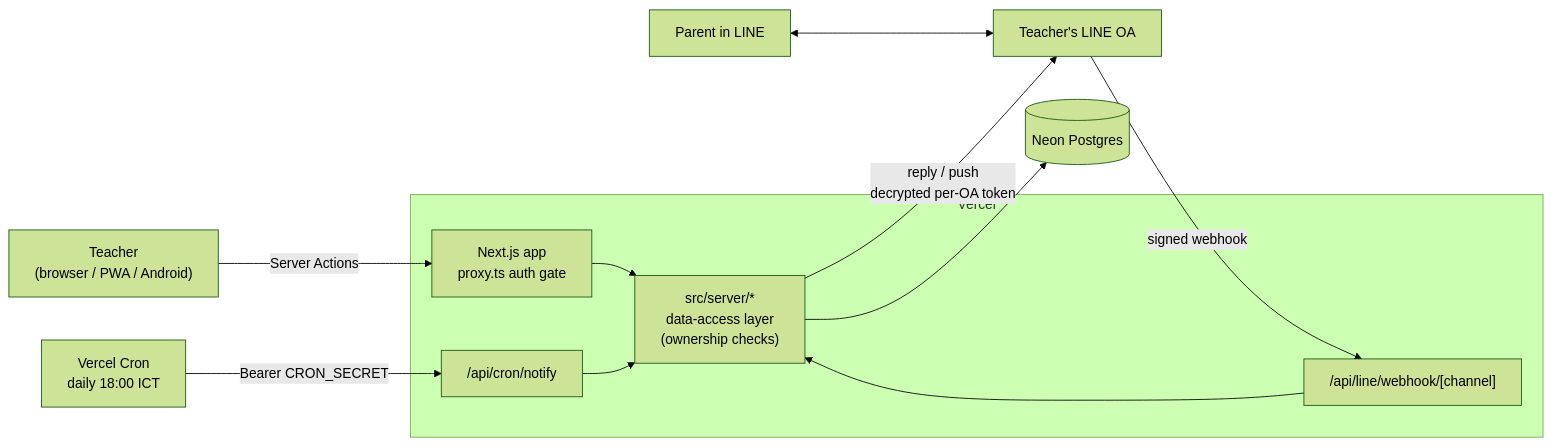
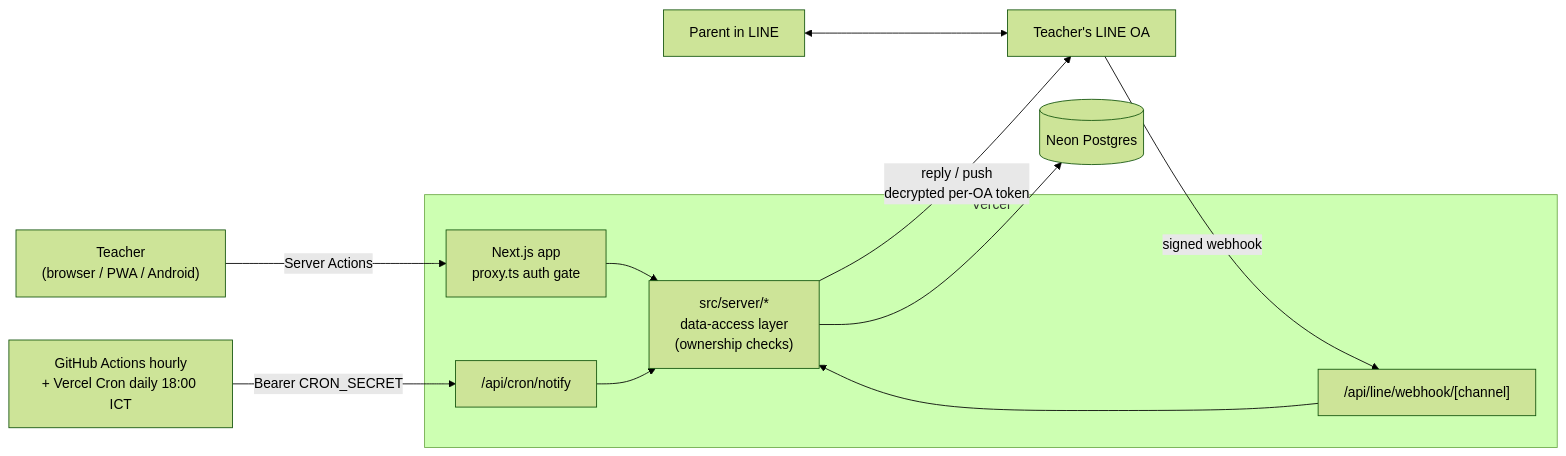
The first of 2 diagrams in README.md (arumaosogi-sudo/-), drawn with Mermaid (forest theme) before and after one commit. The commit also changed other lines of this file and 11 other files, not shown here.

````diff
--- a/README.md
+++ b/README.md
@@ -58,18 +58,18 @@
 ```mermaid
 flowchart LR
   T["Teacher<br/>(browser / PWA / Android)"] -->|Server Actions| APP
   subgraph Vercel
     APP["Next.js app<br/>proxy.ts auth gate"]
     DAL["src/server/*<br/>data-access layer<br/>(ownership checks)"]
     WH["/api/line/webhook/[channel]"]
     CRON["/api/cron/notify"]
     APP --> DAL
     WH --> DAL
     CRON --> DAL
   end
   DAL --> DB[("Neon Postgres")]
   P["Parent in LINE"] <--> OA["Teacher's LINE OA"]
   OA -->|signed webhook| WH
   DAL -->|reply / push<br/>decrypted per-OA token| OA
-  VC["Vercel Cron<br/>daily 18:00 ICT"] -->|Bearer CRON_SECRET| CRON
+  VC["GitHub Actions hourly<br/>+ Vercel Cron daily 18:00 ICT"] -->|Bearer CRON_SECRET| CRON
 ```
````
